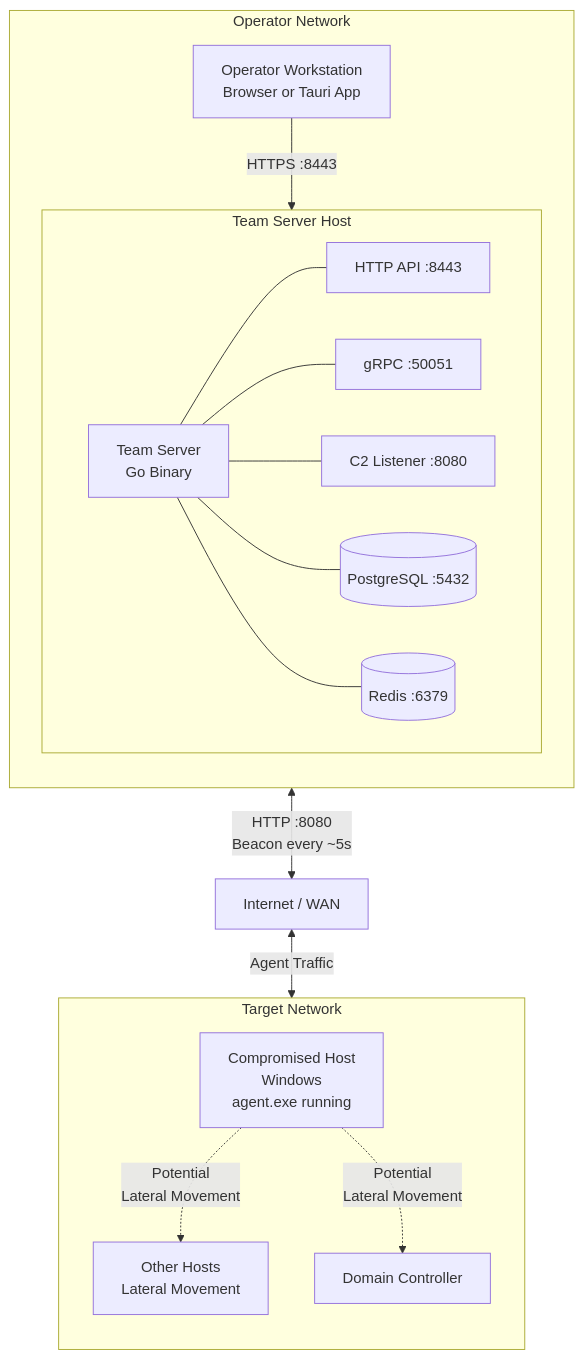
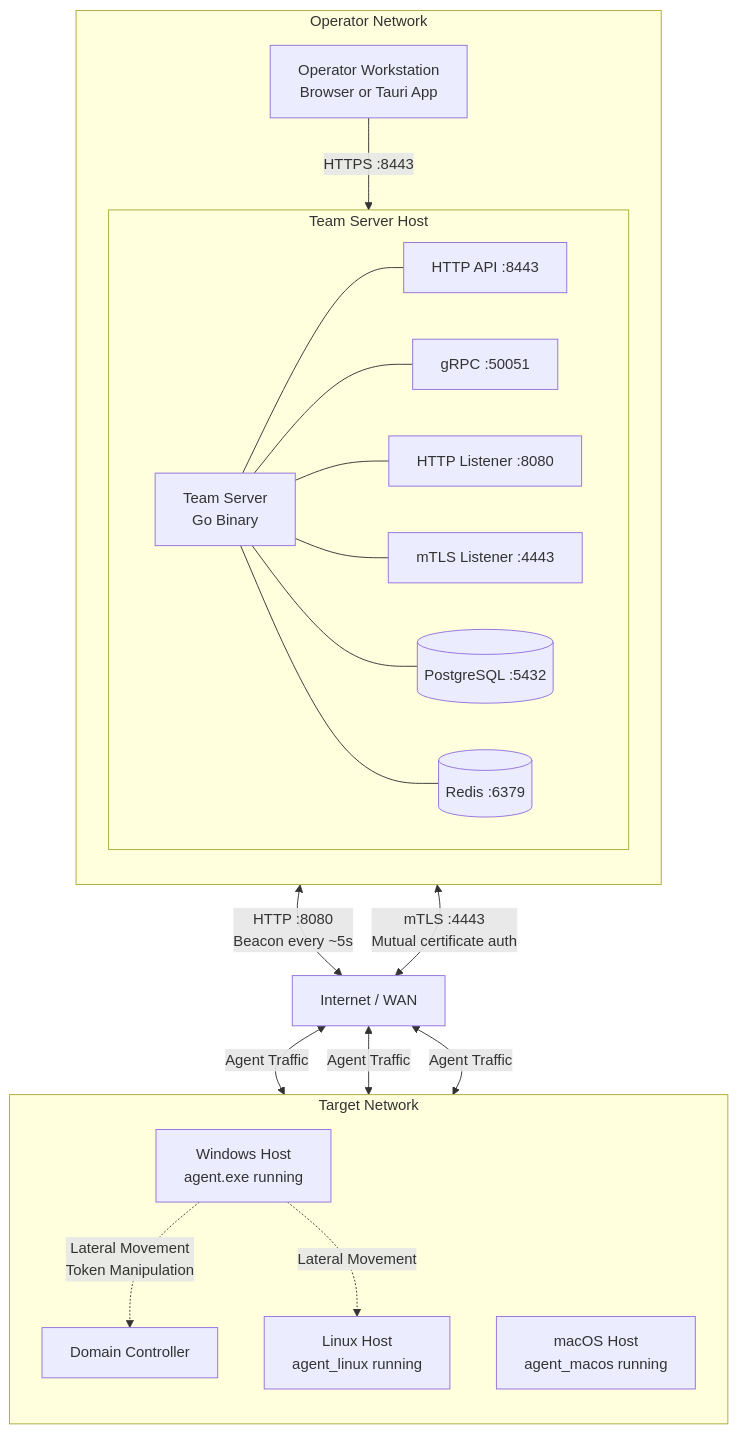
One commit to hrdebraj/Apex changed diagram 15 of 20 in ARCHITECTURE.md. Above: the diagram before and after it, drawn with Mermaid. The commit also changed other lines of this file and 38 other files, not shown here.

First line of the commit message:
Add multi-platform agents, token manipulation, malleable profiles, mTLS, and UI enhancements

````diff
--- a/ARCHITECTURE.md
+++ b/ARCHITECTURE.md
@@ -406,36 +770,42 @@
 ```mermaid
 flowchart TB
     subgraph OPNET["Operator Network"]
         direction TB
         WORKSTATION["Operator Workstation\nBrowser or Tauri App"]
         subgraph SRVHOST["Team Server Host"]
             direction LR
             SRV["Team Server\nGo Binary"]
             HTTPAPI["HTTP API :8443"]
             GRPC["gRPC :50051"]
-            LISTENER["C2 Listener :8080"]
+            HTTP_LIS["HTTP Listener :8080"]
+            MTLS_LIS["mTLS Listener :4443"]
             PGDB[("PostgreSQL :5432")]
             RDDB[("Redis :6379")]
             SRV --- HTTPAPI
             SRV --- GRPC
-            SRV --- LISTENER
+            SRV --- HTTP_LIS
+            SRV --- MTLS_LIS
             SRV --- PGDB
             SRV --- RDDB
         end
         WORKSTATION -->|"HTTPS :8443"| HTTPAPI
     end
 
     INTERNET["Internet / WAN"]
 
     subgraph TGTNET["Target Network"]
         direction TB
-        HOST1["Compromised Host\nWindows\nagent.exe running"]
-        HOST2["Other Hosts\nLateral Movement"]
+        HOST_WIN["Windows Host\nagent.exe running"]
+        HOST_LIN["Linux Host\nagent_linux running"]
+        HOST_MAC["macOS Host\nagent_macos running"]
         DC["Domain Controller"]
     end
 
-    LISTENER <-->|"HTTP :8080\nBeacon every ~5s"| INTERNET
-    INTERNET <-->|"Agent Traffic"| HOST1
-    HOST1 -.->|"Potential\nLateral Movement"| HOST2
-    HOST1 -.->|"Potential\nLateral Movement"| DC
+    HTTP_LIS <-->|"HTTP :8080\nBeacon every ~5s"| INTERNET
+    MTLS_LIS <-->|"mTLS :4443\nMutual certificate auth"| INTERNET
+    INTERNET <-->|"Agent Traffic"| HOST_WIN
+    INTERNET <-->|"Agent Traffic"| HOST_LIN
+    INTERNET <-->|"Agent Traffic"| HOST_MAC
+    HOST_WIN -.->|"Lateral Movement\nToken Manipulation"| DC
+    HOST_WIN -.->|"Lateral Movement"| HOST_LIN
 ```
````
